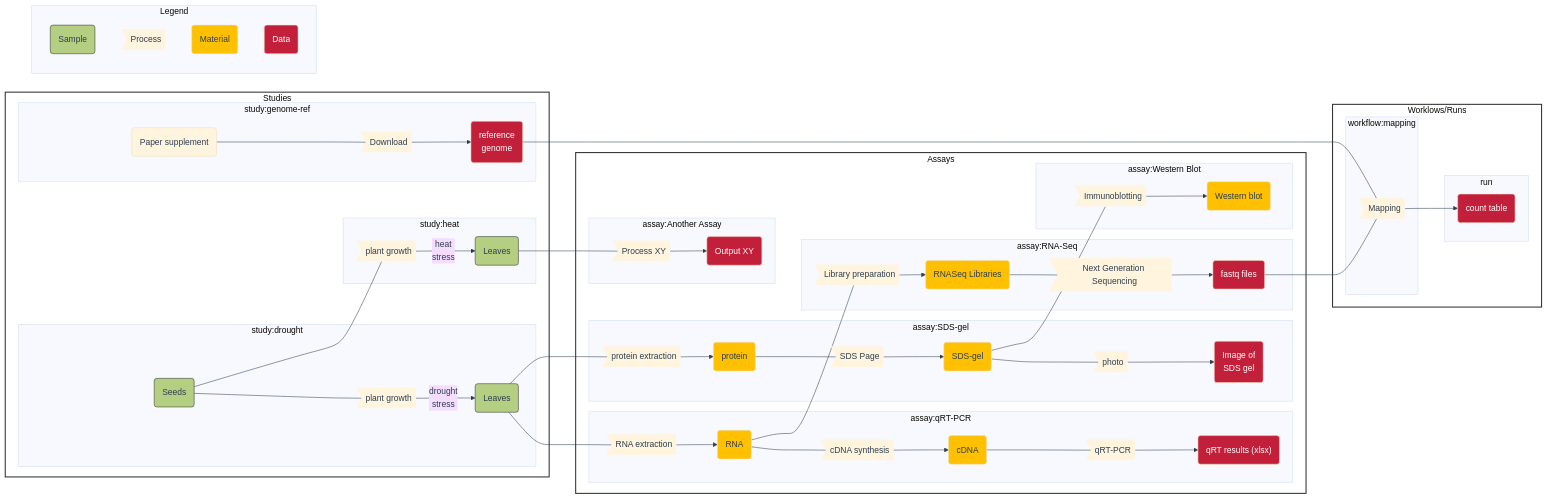
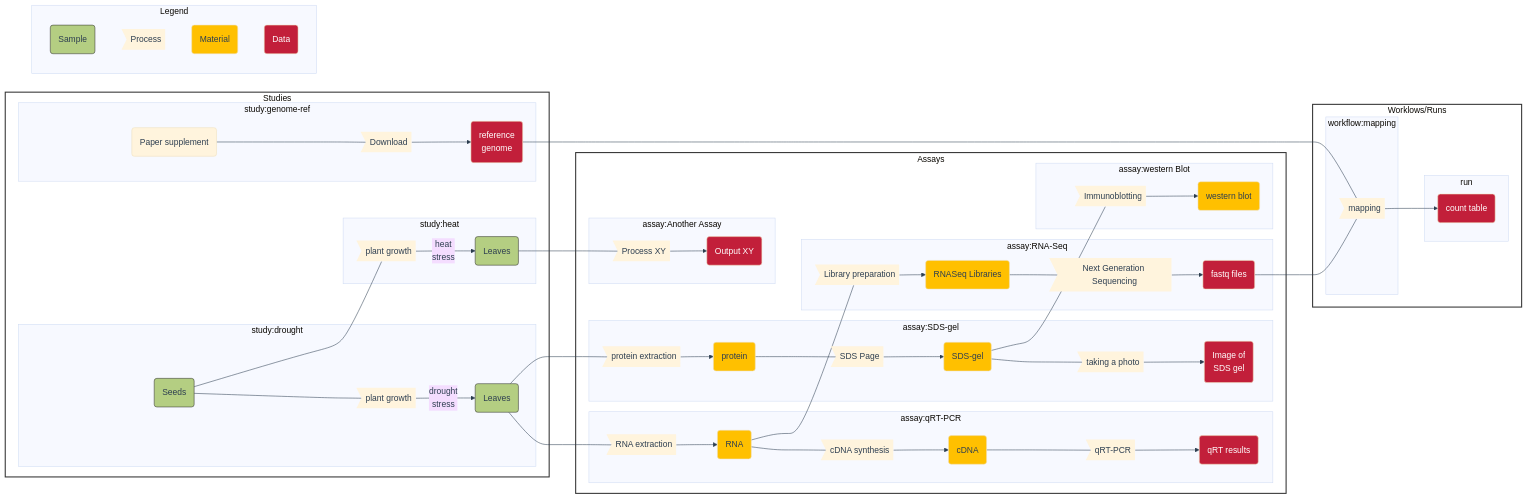
One commit to nfdi4plants/nfdi4plants.knowledgebase changed the sixth of 6 diagrams in src/docs/guides/ARC-practical-entry.md. Above: the diagram before and after it, drawn with Mermaid. The commit also changed other lines of this file, not shown here.

```diff
--- a/src/docs/guides/ARC-practical-entry.md
+++ b/src/docs/guides/ARC-practical-entry.md
@@ -492,7 +492,7 @@
   M3(cDNA)
   M4(RNASeq Libraries)
   M5(SDS-gel)
-  M6(Western blot)
+  M6(western blot)
   
   P1>plant growth]
   P2>RNA extraction]
@@ -502,11 +502,11 @@
   P6>Library preparation]
   P7>Next Generation Sequencing]
   P8>SDS Page]
-  P9>photo]
+  P9>taking a photo]
   P10>Immunoblotting]
-  P11>Mapping]
+  P11>mapping]
   
-  D1("qRT results (xlsx)")
+  D1("qRT results")
   D2(fastq files)
   D3(Image of \n SDS gel)
   D4(reference \n genome)
@@ -560,7 +560,7 @@
     M4 ---P7--> D2
   end
   
-  subgraph assay:Western Blot
+  subgraph assay:western Blot
     M5 ---P10--> M6
   end
 
```
